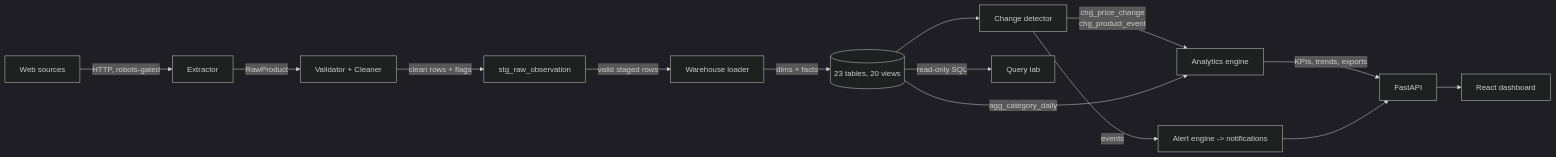
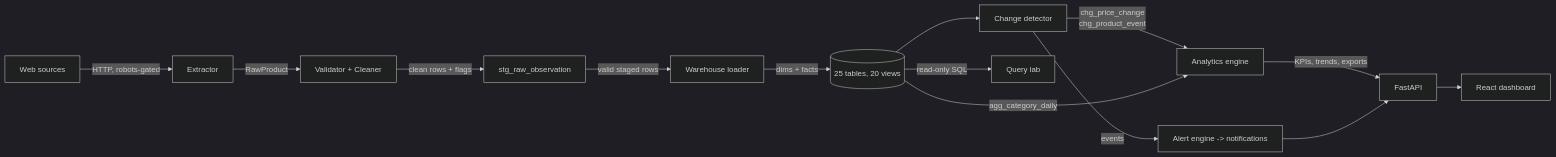
One commit to Ahmedbakr78/Web-to-Warehouse-Product-Intelligence-Pipeline changed the eighth of 14 diagrams in README.md. Above: the diagram before and after it, drawn with Mermaid (dark theme). The commit also changed other lines of this file and 5 other files, not shown here.

````diff
--- a/README.md
+++ b/README.md
@@ -534,16 +534,16 @@
 ```mermaid
 flowchart LR
     W["Web sources"] -->|"HTTP, robots-gated"| E["Extractor"]
     E -->|"RawProduct"| V["Validator + Cleaner"]
     V -->|"clean rows + flags"| ST["stg_raw_observation"]
     ST -->|"valid staged rows"| L["Warehouse loader"]
-    L -->|"dims + facts"| WH[("23 tables, 20 views")]
+    L -->|"dims + facts"| WH[("25 tables, 20 views")]
     WH --> CD["Change detector"]
     CD -->|"chg_price_change<br/>chg_product_event"| AN["Analytics engine"]
     WH -->|"agg_category_daily"| AN
     CD -->|"events"| AL["Alert engine -> notifications"]
     AN -->|"KPIs, trends, exports"| AP["FastAPI"]
     AL --> AP
     AP --> UI["React dashboard"]
     WH -->|"read-only SQL"| QL["Query lab"]
 ```
````
